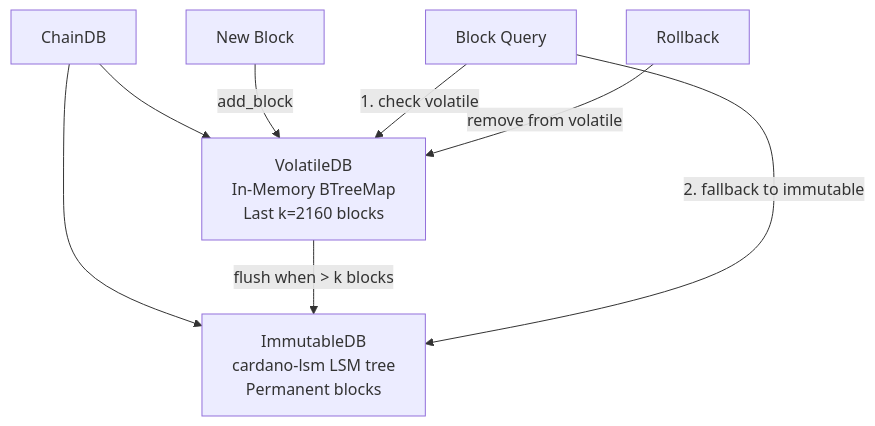
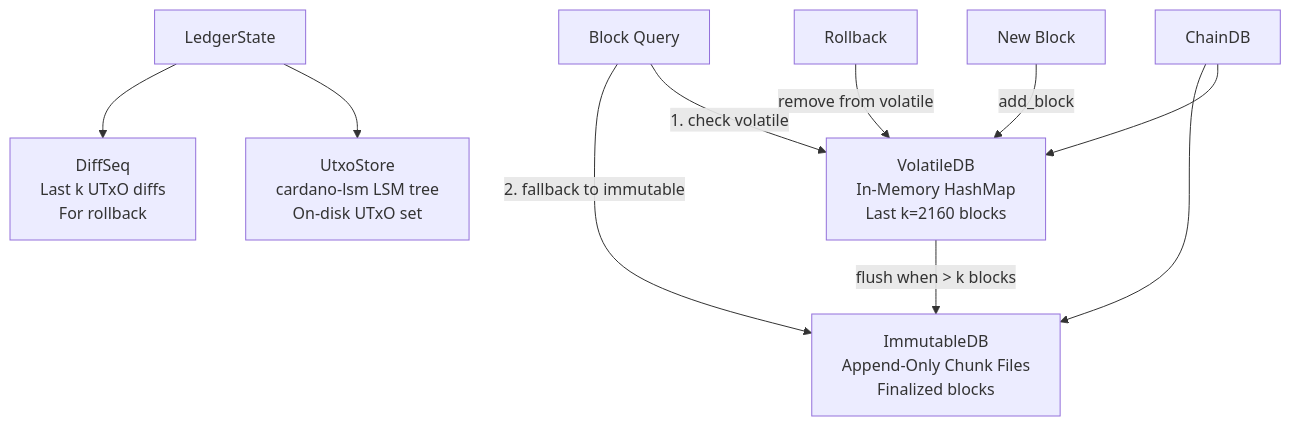
The diagram in docs/src/architecture/storage.md (michaeljfazio/torsten), drawn with Mermaid before and after one commit. The commit also changed other lines of this file and 30 other files, not shown here.

First line of the commit message:
Redesign storage architecture to match Haskell cardano-node

````diff
--- a/docs/src/architecture/storage.md
+++ b/docs/src/architecture/storage.md
@@ -7,13 +7,16 @@
 ```mermaid
 flowchart TD
-    CDB[ChainDB] --> VOL[VolatileDB<br/>In-Memory BTreeMap<br/>Last k=2160 blocks]
-    CDB --> IMM[ImmutableDB<br/>cardano-lsm LSM tree<br/>Permanent blocks]
+    CDB[ChainDB] --> VOL[VolatileDB<br/>In-Memory HashMap<br/>Last k=2160 blocks]
+    CDB --> IMM[ImmutableDB<br/>Append-Only Chunk Files<br/>Finalized blocks]
 
     NEW[New Block] -->|add_block| VOL
     VOL -->|flush when > k blocks| IMM
 
     READ[Block Query] -->|1. check volatile| VOL
     READ -->|2. fallback to immutable| IMM
 
     ROLL[Rollback] -->|remove from volatile| VOL
+
+    LS[LedgerState] --> UTXO[UtxoStore<br/>cardano-lsm LSM tree<br/>On-disk UTxO set]
+    LS --> DIFF[DiffSeq<br/>Last k UTxO diffs<br/>For rollback]
 ```
````
